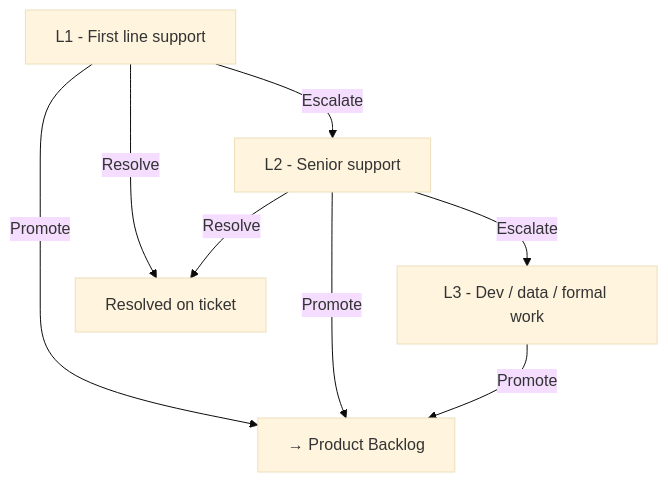
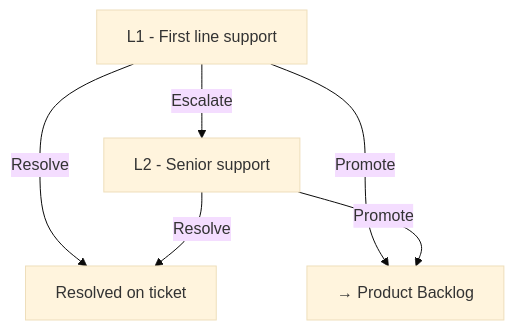
The third of 3 diagrams in docs/PMO-CTSB-System-Workflow.md (zaliffusri/PMO-CTSB), drawn with Mermaid (base theme) before and after one commit. The commit also changed other lines of this file and 25 other files, not shown here.

````diff
--- a/docs/PMO-CTSB-System-Workflow.md
+++ b/docs/PMO-CTSB-System-Workflow.md
@@ -164,16 +166,13 @@
 ```mermaid
 flowchart TD
   L1[L1 - First line support]
   L2[L2 - Senior support]
-  L3[L3 - Dev / data / formal work]
   RES[Resolved on ticket]
   BL[→ Product Backlog]
 
   L1 -->|Escalate| L2
-  L2 -->|Escalate| L3
   L1 -->|Resolve| RES
   L2 -->|Resolve| RES
   L1 -->|Promote| BL
   L2 -->|Promote| BL
-  L3 -->|Promote| BL
 ```
````
